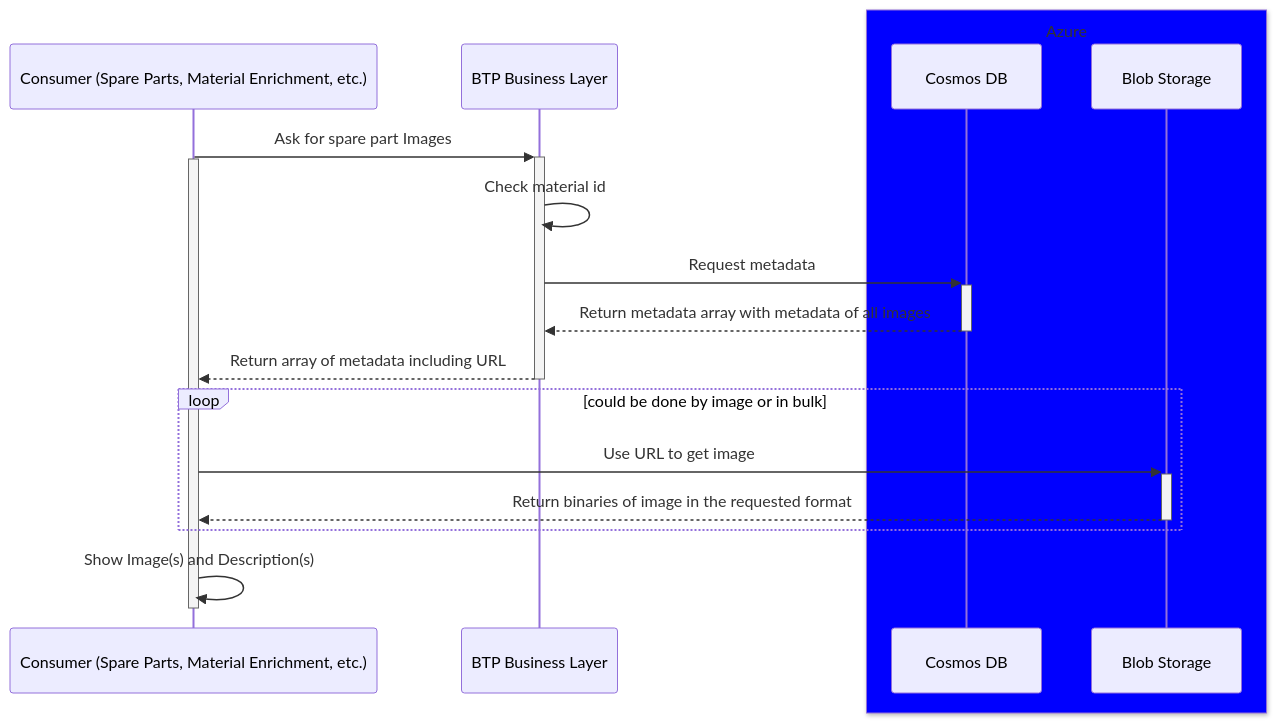
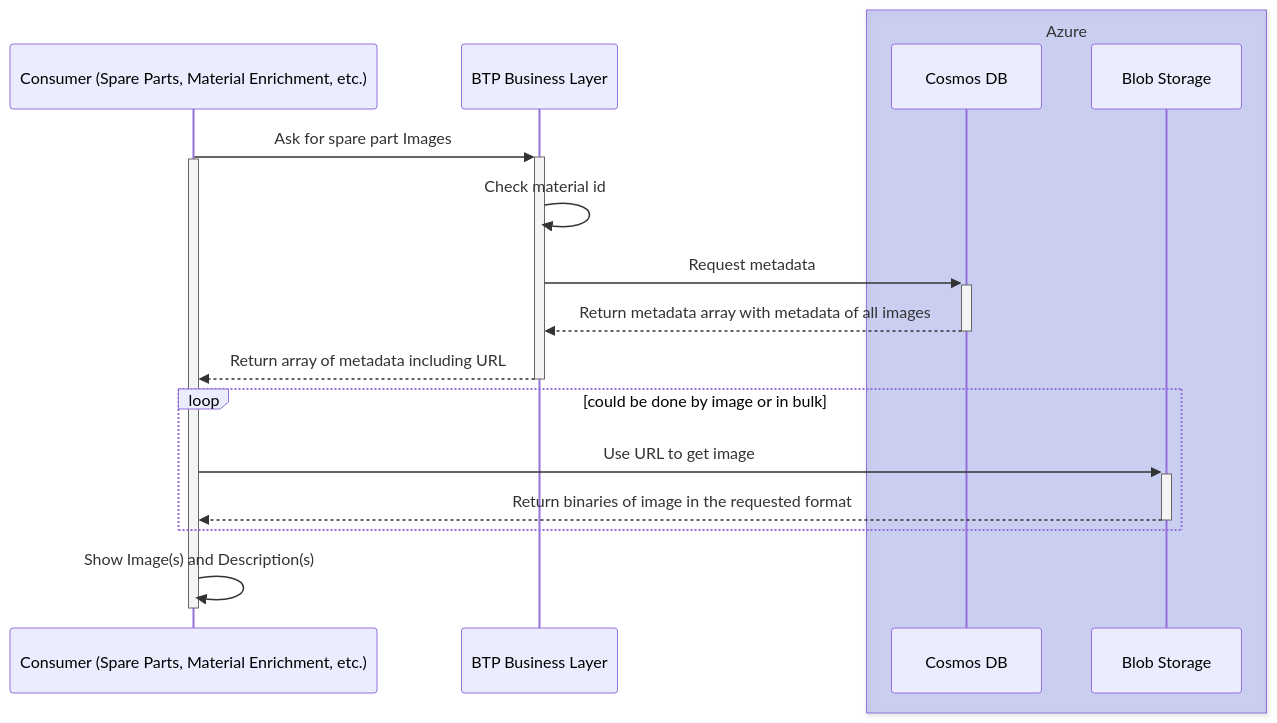
The second of 4 diagrams in docu/ep6 - API for materials/ep6.md (ainadur/-schindler-multipicture_docu), drawn with Mermaid before and after one commit. The commit also changed other lines of this file and 16 other files, not shown here.

````diff
--- a/docu/ep6 - API for materials/ep6.md
+++ b/docu/ep6 - API for materials/ep6.md
@@ -60,21 +62,21 @@
 ```mermaid
 sequenceDiagram
   participant App as Consumer (Spare Parts, Material Enrichment, etc.)
   participant BTP as BTP Business Layer
-  Box blue Azure
+  Box rgba(47, 70, 241, 0.2) Azure
     participant Cosmos as Cosmos DB
     participant Blob as Blob Storage
   end
 
   App->>+BTP: Ask for spare part Images
   activate App
   BTP->>BTP: Check material id
   BTP->>+Cosmos: Request metadata
   Cosmos-->>-BTP: Return metadata array with metadata of all images
   BTP-->>-App: Return array of metadata including URL
   loop could be done by image or in bulk
   App->>+Blob: Use URL to get image
   Blob-->>-App: Return binaries of image in the requested format
   end
   App->>-App: Show Image(s) and Description(s)
 ```
````
